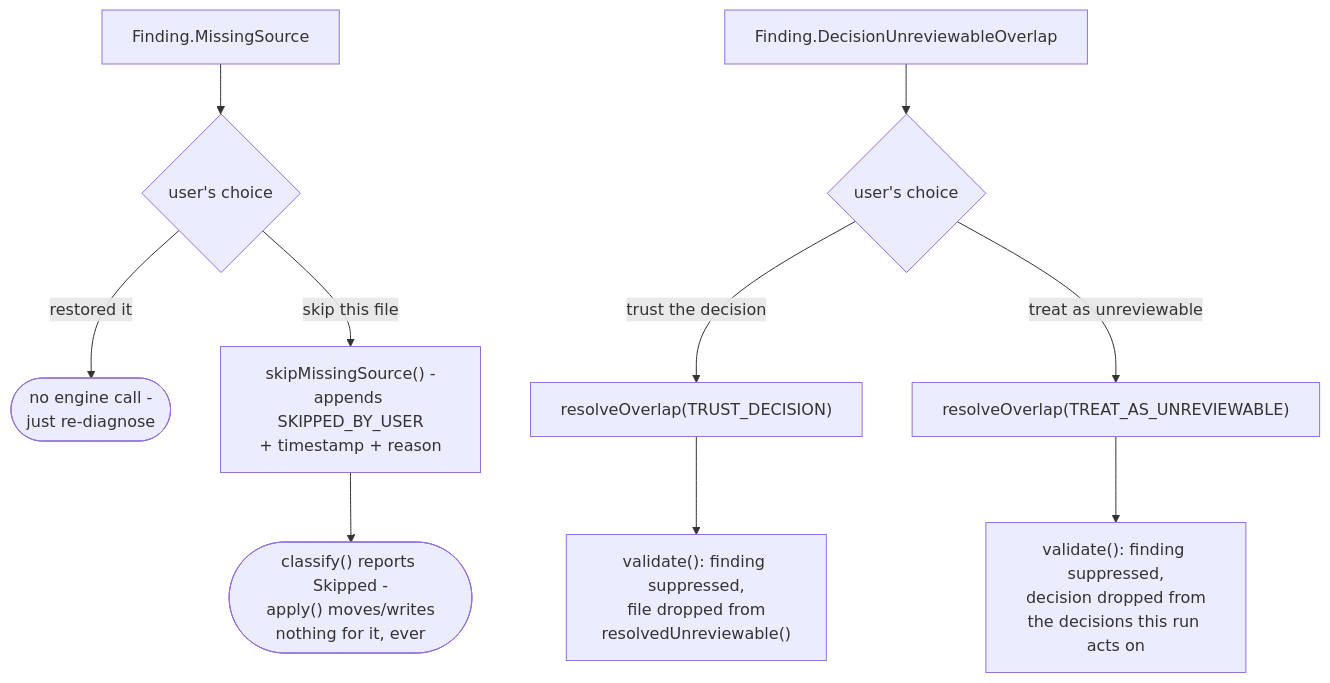
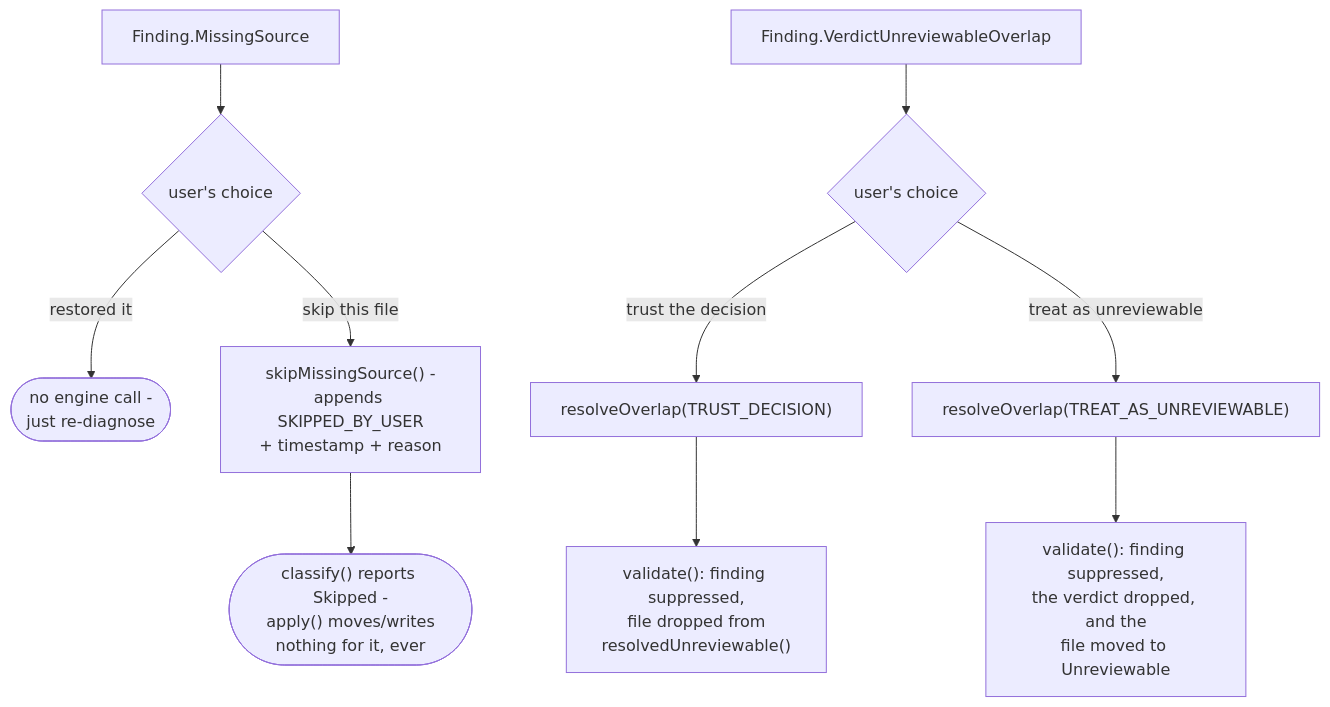
The first of 3 diagrams in app/docs/design/application/service/prep-dir-remedies.md (AdrianNachev91/sluice), drawn with Mermaid before and after one commit. The commit also changed other lines of this file and 162 other files, not shown here.

````diff
--- a/app/docs/design/application/service/prep-dir-remedies.md
+++ b/app/docs/design/application/service/prep-dir-remedies.md
@@ -42,13 +42,13 @@
 ```mermaid
 flowchart TD
     A["Finding.MissingSource"] --> B{"user's choice"}
     B -- "restored it" --> C(["no engine call -<br/>just re-diagnose"])
     B -- "skip this file" --> D["skipMissingSource() -<br/>appends SKIPPED_BY_USER<br/>+ timestamp + reason"]
     D --> E(["classify() reports Skipped -<br/>apply() moves/writes<br/>nothing for it, ever"])
 
-    F["Finding.DecisionUnreviewableOverlap"] --> G{"user's choice"}
+    F["Finding.VerdictUnreviewableOverlap"] --> G{"user's choice"}
     G -- "trust the decision" --> H["resolveOverlap(TRUST_DECISION)"]
     G -- "treat as unreviewable" --> I["resolveOverlap(TREAT_AS_UNREVIEWABLE)"]
     H --> J["validate(): finding suppressed,<br/>file dropped from<br/>resolvedUnreviewable()"]
-    I --> K["validate(): finding suppressed,<br/>decision dropped from<br/>the decisions this run acts on"]
+    I --> K["validate(): finding suppressed,<br/>the verdict dropped, and the<br/>file moved to Unreviewable"]
 ```
````
